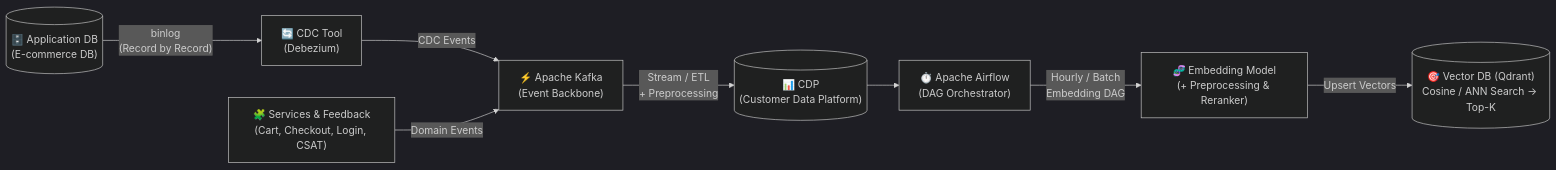
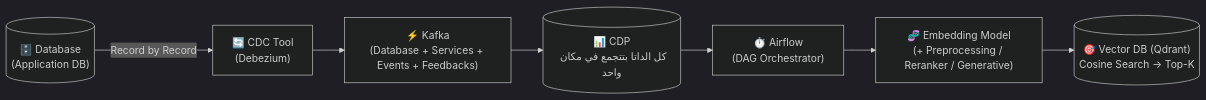
One commit to Aya-Aboulwafa/ai-architecture-portfolio changed the third of 4 diagrams in study/session-2-notes.md. Above: the diagram before and after it, drawn with Mermaid (dark theme). The commit also changed other lines of this file and 1 other file, not shown here.

````diff
--- a/study/session-2-notes.md
+++ b/study/session-2-notes.md
@@ -181,10 +160,9 @@
 ```mermaid
 flowchart LR
-    AppDB[("🗄️ Application DB\n(E-commerce DB)")] -->|"binlog\n(Record by Record)"| CDC["🔄 CDC Tool\n(Debezium)"]
-    CDC -->|"CDC Events"| Kafka["⚡ Apache Kafka\n(Event Backbone)"]
-    Services["🧩 Services & Feedback\n(Cart, Checkout, Login, CSAT)"] -->|"Domain Events"| Kafka
-    Kafka -->|"Stream / ETL\n+ Preprocessing"| CDP[("📊 CDP\n(Customer Data Platform)")]
-    CDP --> Airflow["⏱️ Apache Airflow\n(DAG Orchestrator)"]
-    Airflow -->|"Hourly / Batch\nEmbedding DAG"| Embed["🧬 Embedding Model\n(+ Preprocessing & Reranker)"]
-    Embed -->|"Upsert Vectors"| Qdrant[("🎯 Vector DB (Qdrant)\nCosine / ANN Search -> Top-K")]
+    DB[("🗄️ Database\n(Application DB)")] -->|"Record by Record"| CDC["🔄 CDC Tool\n(Debezium)"]
+    CDC --> Kafka["⚡ Kafka\n(Database + Services + Events + Feedbacks)"]
+    Kafka --> CDP[("📊 CDP\nكل الداتا بتتجمع في مكان واحد")]
+    CDP --> Airflow["⏱️ Airflow\n(DAG Orchestrator)"]
+    Airflow --> Embed["🧬 Embedding Model\n(+ Preprocessing / Reranker / Generative)"]
+    Embed --> Qdrant[("🎯 Vector DB (Qdrant)\nCosine Search -> Top-K")]
 ```
````
